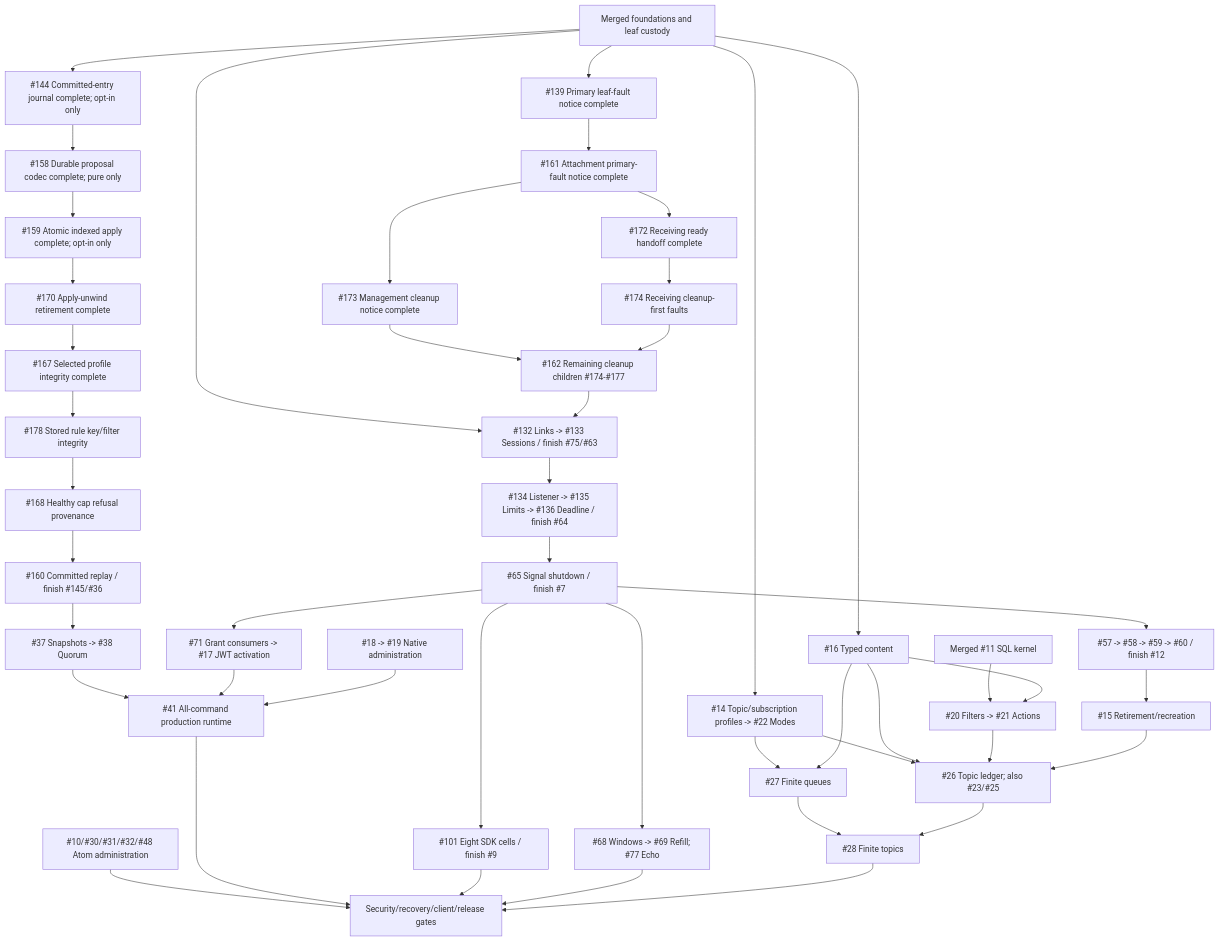
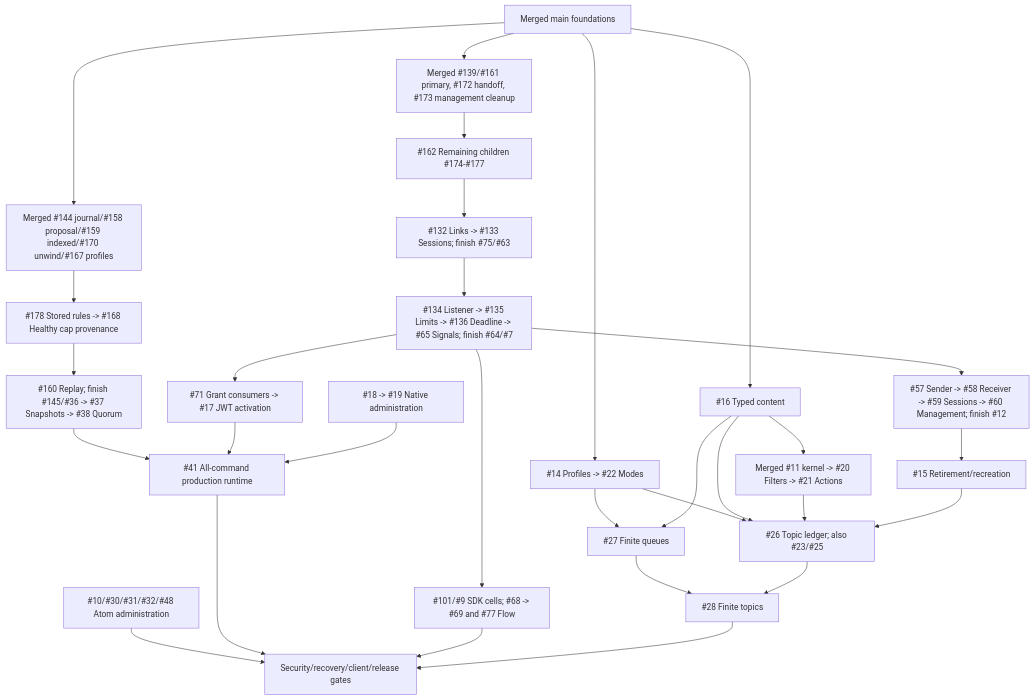
The diagram in docs/roadmap.md (DeandreT/switchyard), drawn with Mermaid before and after one commit. The commit also changed other lines of this file and 1 other file, not shown here.

Commit message:
docs: condense lifecycle contracts and completion roadmap

````diff
--- a/docs/roadmap.md
+++ b/docs/roadmap.md
@@ -69,48 +50,32 @@
 ```mermaid
 flowchart TD
-    Main["Merged foundations and leaf custody"] --> Fault["#139 Primary leaf-fault notice complete"]
-    Main --> Trees
-    Fault --> AttachFault["#161 Attachment primary-fault notice complete"]
-    AttachFault --> ManagementFault["#173 Management cleanup notice complete"]
-    ManagementFault --> DrainFault["#162 Remaining cleanup children #174-#177"]
-    AttachFault --> Handoff["#172 Receiving ready handoff complete"]
-    Handoff --> ReceivingFault["#174 Receiving cleanup-first faults"]
-    ReceivingFault --> DrainFault
-    DrainFault --> Trees["#132 Links -> #133 Sessions / finish #75/#63"]
-    Trees --> Admission["#134 Listener -> #135 Limits -> #136 Deadline / finish #64"]
-    Admission --> Signals["#65 Signal shutdown / finish #7"]
-    Signals --> Authority["#57 -> #58 -> #59 -> #60 / finish #12"]
+    Main["Merged main foundations"] --> Lifecycle["Merged #139/#161 primary, #172 handoff, #173 management cleanup"]
+    Lifecycle --> Cleanup["#162 Remaining children #174-#177"]
+    Cleanup --> Families["#132 Links -> #133 Sessions; finish #75/#63"]
+    Families --> Shutdown["#134 Listener -> #135 Limits -> #136 Deadline -> #65 Signals; finish #64/#7"]
+    Shutdown --> Authority["#57 Sender -> #58 Receiver -> #59 Sessions -> #60 Management; finish #12"]
     Authority --> Delete["#15 Retirement/recreation"]
-    Signals --> Grants["#71 Grant consumers -> #17 JWT activation"]
-    Signals --> Matrix["#101 Eight SDK cells / finish #9"]
-    Signals --> Windows["#68 Windows -> #69 Refill; #77 Echo"]
-    Main --> Profiles["#14 Topic/subscription profiles -> #22 Modes"]
+    Shutdown --> Grants["#71 Grant consumers -> #17 JWT activation"]
+    Shutdown --> Clients["#101/#9 SDK cells; #68 -> #69 and #77 Flow"]
+    Main --> Profiles["#14 Profiles -> #22 Modes"]
     Main --> Content["#16 Typed content"]
-    Kernel["Merged #11 SQL kernel"] --> Rules["#20 Filters -> #21 Actions"]
-    Content --> Rules
-    Profiles --> Queue["#27 Finite queues"]
-    Content --> Queue
+    Content --> Rules["Merged #11 kernel -> #20 Filters -> #21 Actions"]
+    Profiles --> Queues["#27 Finite queues"]
+    Content --> Queues
     Profiles --> Ledger["#26 Topic ledger; also #23/#25"]
     Content --> Ledger
     Rules --> Ledger
     Delete --> Ledger
-    Queue --> Topic["#28 Finite topics"]
-    Ledger --> Topic
-    Main --> Journal["#144 Committed-entry journal complete; opt-in only"]
-    Journal --> Proposal["#158 Durable proposal codec complete; pure only"]
-    Proposal --> Checkpoint["#159 Atomic indexed apply complete; opt-in only"]
-    Checkpoint --> Panic["#170 Apply-unwind retirement complete"]
-    Panic --> Integrity["#167 Selected profile integrity complete"]
-    Integrity --> RuleIntegrity["#178 Stored rule key/filter integrity"]
-    RuleIntegrity --> Cap["#168 Healthy cap refusal provenance"]
-    Cap --> Log["#160 Committed replay / finish #145/#36"]
-    Log --> Snapshots["#37 Snapshots -> #38 Quorum"]
-    Snapshots --> Runtime["#41 All-command production runtime"]
+    Queues --> Topics["#28 Finite topics"]
+    Ledger --> Topics
+    Main --> Durable["Merged #144 journal/#158 proposal/#159 indexed/#170 unwind/#167 profiles"]
+    Durable --> Integrity["#178 Stored rules -> #168 Healthy cap provenance"]
+    Integrity --> Replay["#160 Replay; finish #145/#36 -> #37 Snapshots -> #38 Quorum"]
+    Replay --> Runtime["#41 All-command production runtime"]
     Grants --> Runtime
-    Admin["#18 -> #19 Native administration"] --> Runtime
-    Atom["#10/#30/#31/#32/#48 Atom administration"] --> Gates
-    Runtime --> Gates["Security/recovery/client/release gates"]
-    Matrix --> Gates
-    Windows --> Gates
-    Topic --> Gates
+    Native["#18 -> #19 Native administration"] --> Runtime
+    Atom["#10/#30/#31/#32/#48 Atom administration"] --> Gates["Security/recovery/client/release gates"]
+    Runtime --> Gates
+    Clients --> Gates
+    Topics --> Gates
 ```
````
